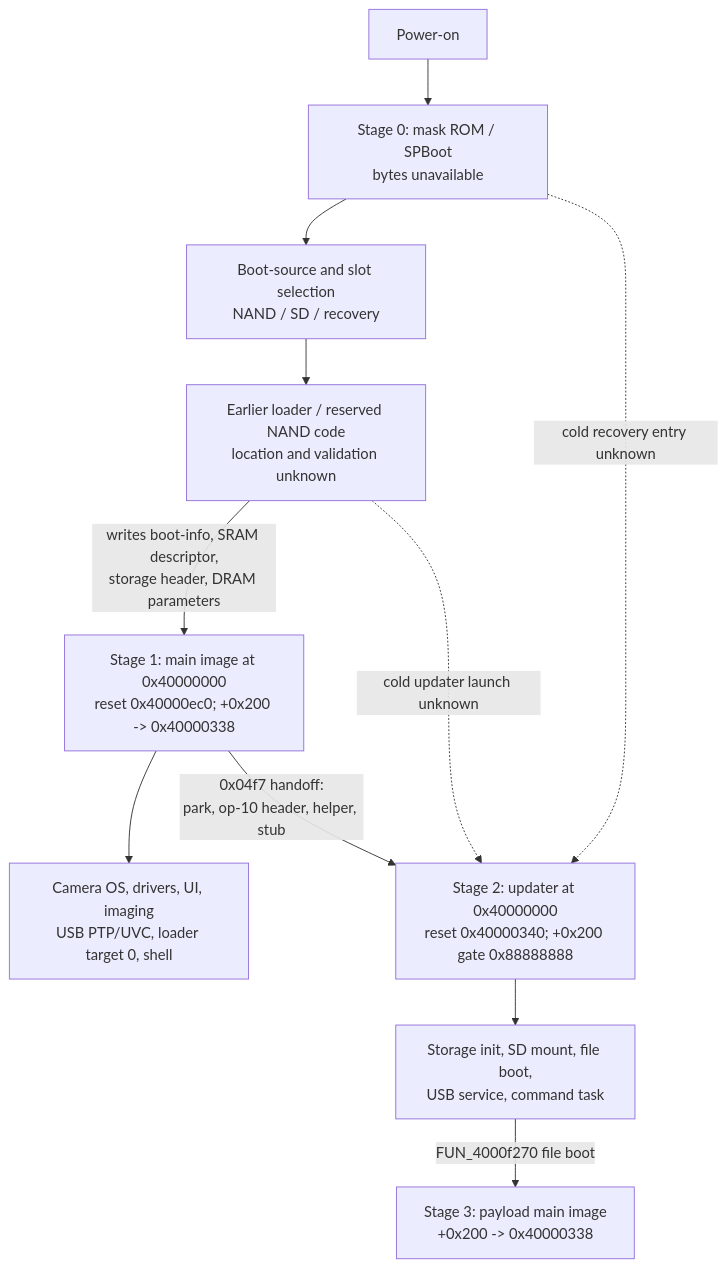
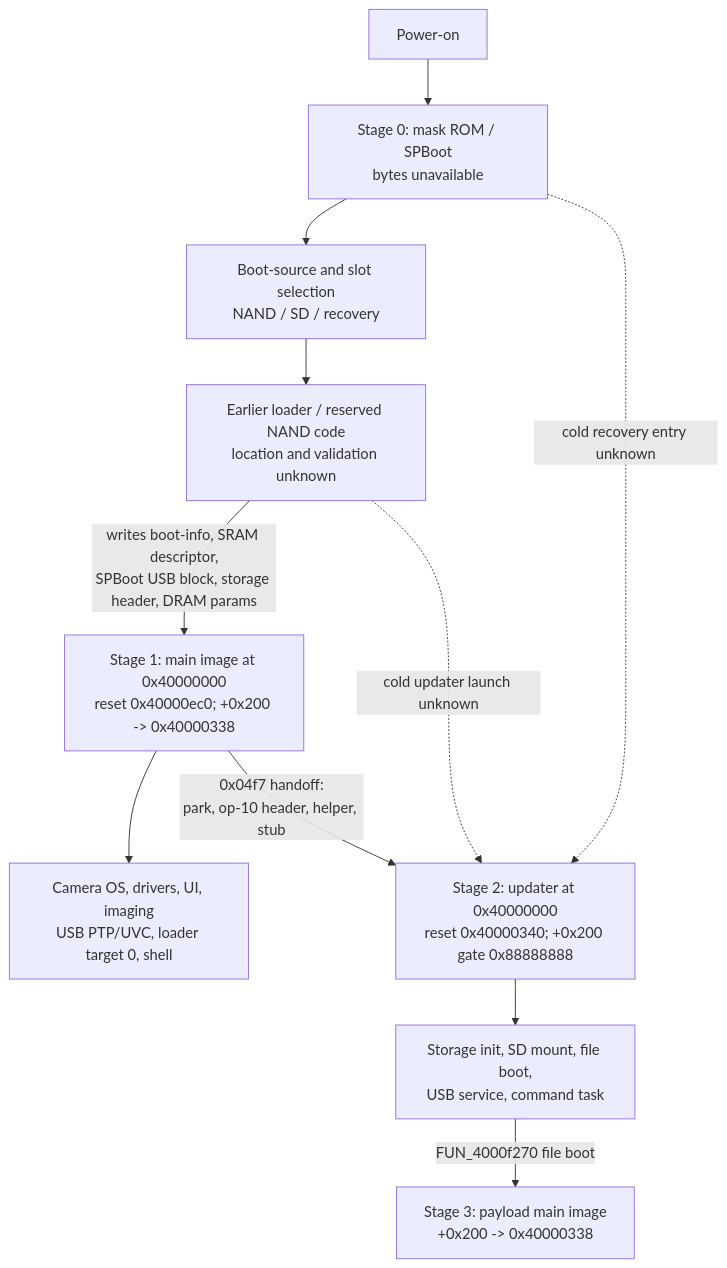
One commit to yiweig/fujifilm-firmware-playground changed the diagram in analysis/boot-architecture-review.md. Above: the diagram before and after it, drawn with Mermaid. The commit also changed other lines of this file and 6 other files, not shown here.

Commit message:
Architecture review piece 2: NAND header, storage descriptor, and SPBoot USB descriptor block (2aad:6500) cold recovery lead

````diff
--- a/analysis/boot-architecture-review.md
+++ b/analysis/boot-architecture-review.md
@@ -30,13 +30,13 @@
 ```mermaid
 flowchart TD
   power["Power-on"] --> rom["Stage 0: mask ROM / SPBoot<br/>bytes unavailable"]
   rom --> select["Boot-source and slot selection<br/>NAND / SD / recovery"]
   select --> early["Earlier loader / reserved NAND code<br/>location and validation unknown"]
-  early -->|"writes boot-info, SRAM descriptor,<br/>storage header, DRAM parameters"| main["Stage 1: main image at 0x40000000<br/>reset 0x40000ec0; +0x200 -> 0x40000338"]
+  early -->|"writes boot-info, SRAM descriptor,<br/>SPBoot USB block, storage header, DRAM params"| main["Stage 1: main image at 0x40000000<br/>reset 0x40000ec0; +0x200 -> 0x40000338"]
   main --> camera["Camera OS, drivers, UI, imaging<br/>USB PTP/UVC, loader target 0, shell"]
   main -->|"0x04f7 handoff:<br/>park, op-10 header, helper, stub"| updater["Stage 2: updater at 0x40000000<br/>reset 0x40000340; +0x200 gate 0x88888888"]
   updater --> storage["Storage init, SD mount, file boot,<br/>USB service, command task"]
   storage -->|"FUN_4000f270 file boot"| payload["Stage 3: payload main image<br/>+0x200 -> 0x40000338"]
   early -. "cold updater launch unknown" .-> updater
   rom -. "cold recovery entry unknown" .-> updater
 ```
````
